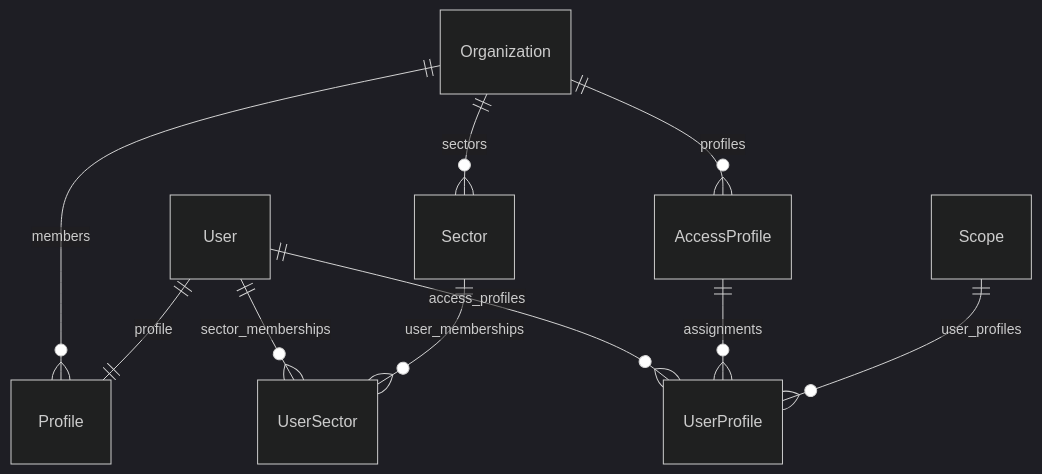
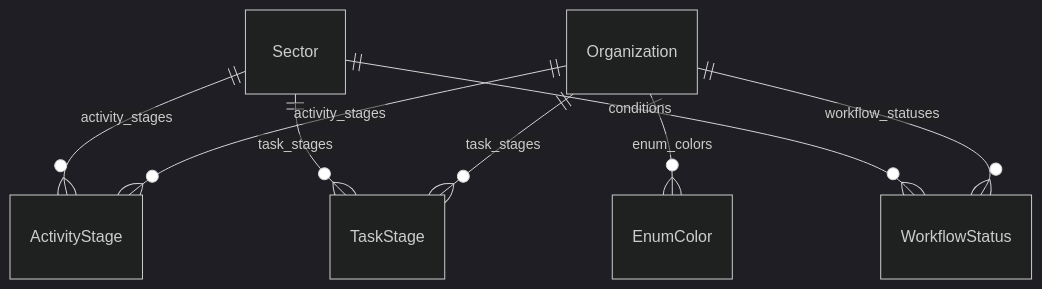
Before and after one commit to Lucasrafael703/workflow: the third of 11 diagrams in docs/04_MODELOS_DE_DADOS.md, drawn with Mermaid (dark theme). The commit also changed other lines of this file and 58 other files, not shown here.

````diff
--- a/docs/04_MODELOS_DE_DADOS.md
+++ b/docs/04_MODELOS_DE_DADOS.md
@@ -14,12 +72,10 @@
 ```mermaid
 erDiagram
-    Organization ||--o{ Profile : "members"
-    Organization ||--o{ Sector : "sectors"
-    User ||--|| Profile : "profile"
-    User ||--o{ UserSector : "sector_memberships"
-    Sector ||--o{ UserSector : "user_memberships"
-    Organization ||--o{ AccessProfile : "profiles"
-    User ||--o{ UserProfile : "access_profiles"
-    AccessProfile ||--o{ UserProfile : "assignments"
-    Scope ||--o{ UserProfile : "user_profiles"
+    Organization ||--o{ ActivityStage : "activity_stages"
+    Organization ||--o{ TaskStage : "task_stages"
+    Organization ||--o{ WorkflowStatus : "workflow_statuses"
+    Organization ||--o{ EnumColor : "enum_colors"
+    Sector ||--o{ ActivityStage : "activity_stages"
+    Sector ||--o{ TaskStage : "task_stages"
+    Sector ||--o{ WorkflowStatus : "conditions"
 ```
````
